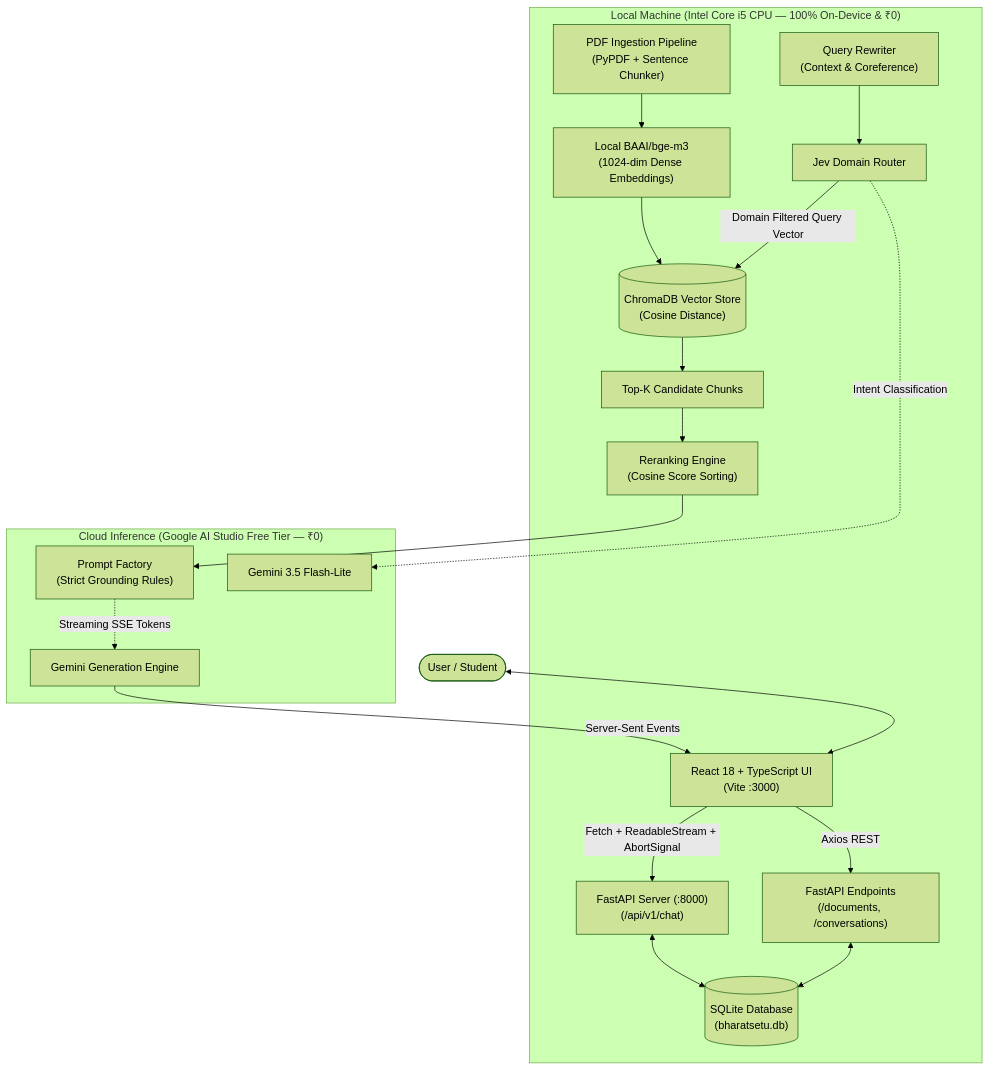
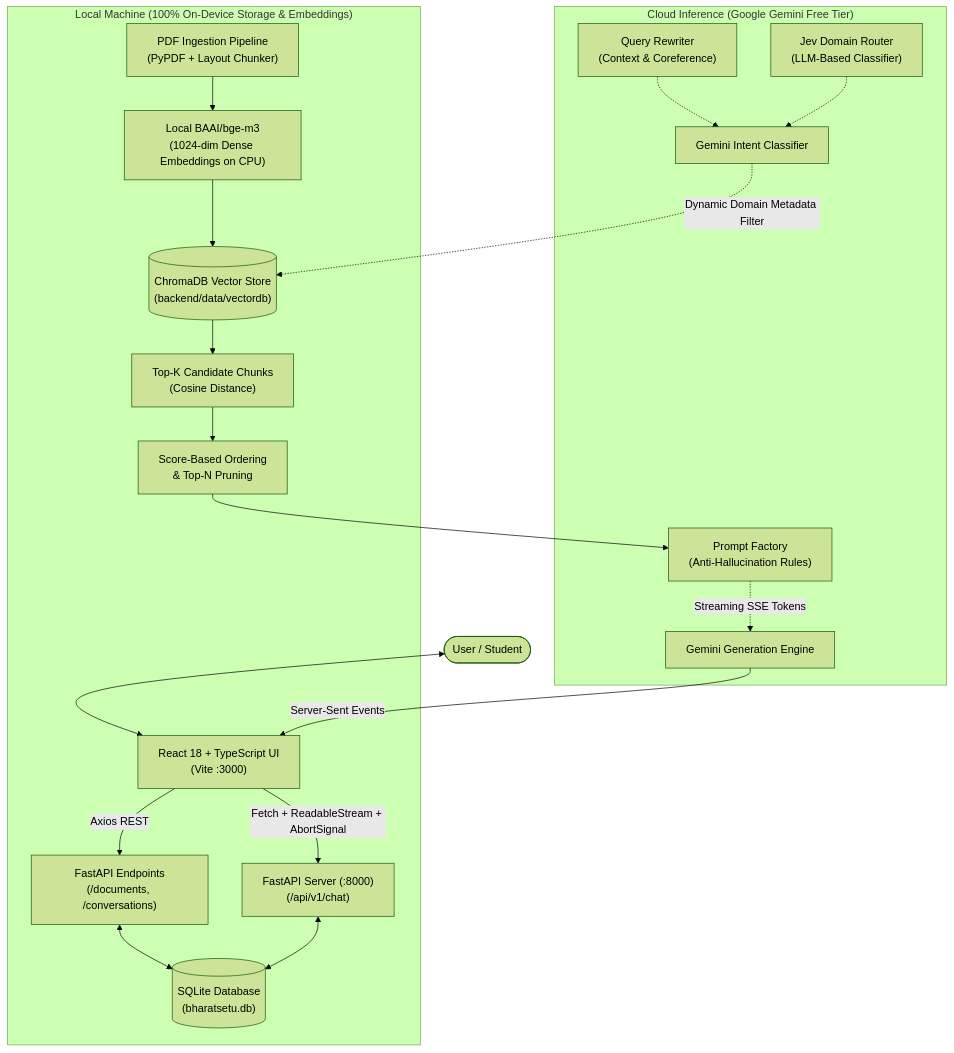
The diagram in README.md (Tanmay-700/Bharatsetu), drawn with Mermaid (forest theme) before and after one commit. The commit also changed other lines of this file, not shown here.

Commit message:
docs: address technical review - honest hybrid architecture, Jev classification, ADRs, limitations & cross-platform guide

````diff
--- a/README.md
+++ b/README.md
@@ -90,27 +69,27 @@
 ```mermaid
 flowchart TD
     User(["User / Student"]) <--> UI["React 18 + TypeScript UI\n(Vite :3000)"]
     
-    subgraph LocalSystem ["Local Machine (Intel Core i5 CPU — 100% On-Device & ₹0)"]
+    subgraph LocalMachine ["Local Machine (100% On-Device Storage & Embeddings)"]
         UI -->|Fetch + ReadableStream + AbortSignal| SSE["FastAPI Server (:8000)\n(/api/v1/chat)"]
         UI -->|Axios REST| RestAPI["FastAPI Endpoints\n(/documents, /conversations)"]
         
-        PDF["PDF Ingestion Pipeline\n(PyPDF + Sentence Chunker)"] --> BGE["Local BAAI/bge-m3\n(1024-dim Dense Embeddings)"]
-        BGE --> Chroma[("ChromaDB Vector Store\n(Cosine Distance)")]
+        PDF["PDF Ingestion Pipeline\n(PyPDF + Layout Chunker)"] --> BGE["Local BAAI/bge-m3\n(1024-dim Dense Embeddings on CPU)"]
+        BGE --> Chroma[("ChromaDB Vector Store\n(backend/data/vectordb)")]
         RestAPI <--> SQLite[("SQLite Database\n(bharatsetu.db)")]
         SSE <--> SQLite
         
-        Rewriter["Query Rewriter\n(Context & Coreference)"] --> Jev["Jev Domain Router"]
-        Jev -->|Domain Filtered Query Vector| Chroma
-        Chroma --> TopK["Top-K Candidate Chunks"]
-        TopK --> Reranker["Reranking Engine\n(Cosine Score Sorting)"]
+        Chroma --> TopK["Top-K Candidate Chunks\n(Cosine Distance)"]
+        TopK --> Ordering["Score-Based Ordering\n& Top-N Pruning"]
     end
 
-    subgraph CloudFreeTier ["Cloud Inference (Google AI Studio Free Tier — ₹0)"]
-        Jev -.->|Intent Classification| GeminiLite["Gemini 3.5 Flash-Lite"]
-        Reranker --> PromptFactory["Prompt Factory\n(Strict Grounding Rules)"]
+    subgraph CloudInference ["Cloud Inference (Google Gemini Free Tier)"]
+        Rewriter["Query Rewriter\n(Context & Coreference)"] -.-> GeminiRoute["Gemini Intent Classifier"]
+        Jev["Jev Domain Router\n(LLM-Based Classifier)"] -.-> GeminiRoute
+        GeminiRoute -.->|Dynamic Domain Metadata Filter| Chroma
+        Ordering --> PromptFactory["Prompt Factory\n(Anti-Hallucination Rules)"]
         PromptFactory -.->|Streaming SSE Tokens| GeminiGen["Gemini Generation Engine"]
     end
 
     GeminiGen -->|Server-Sent Events| UI
 ```
````
